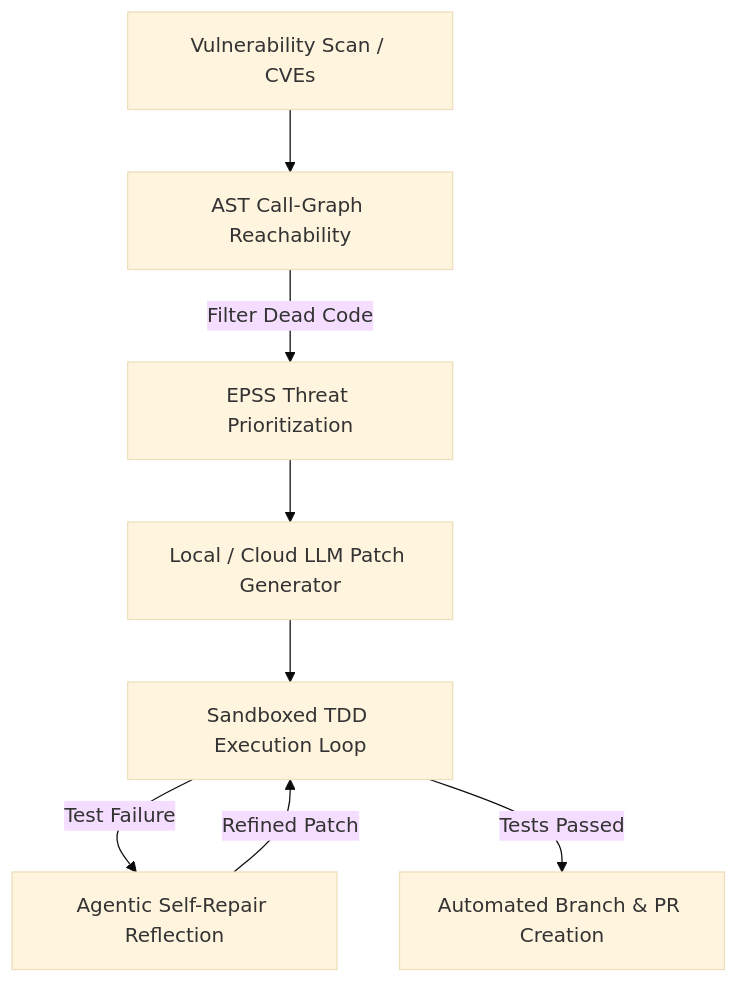
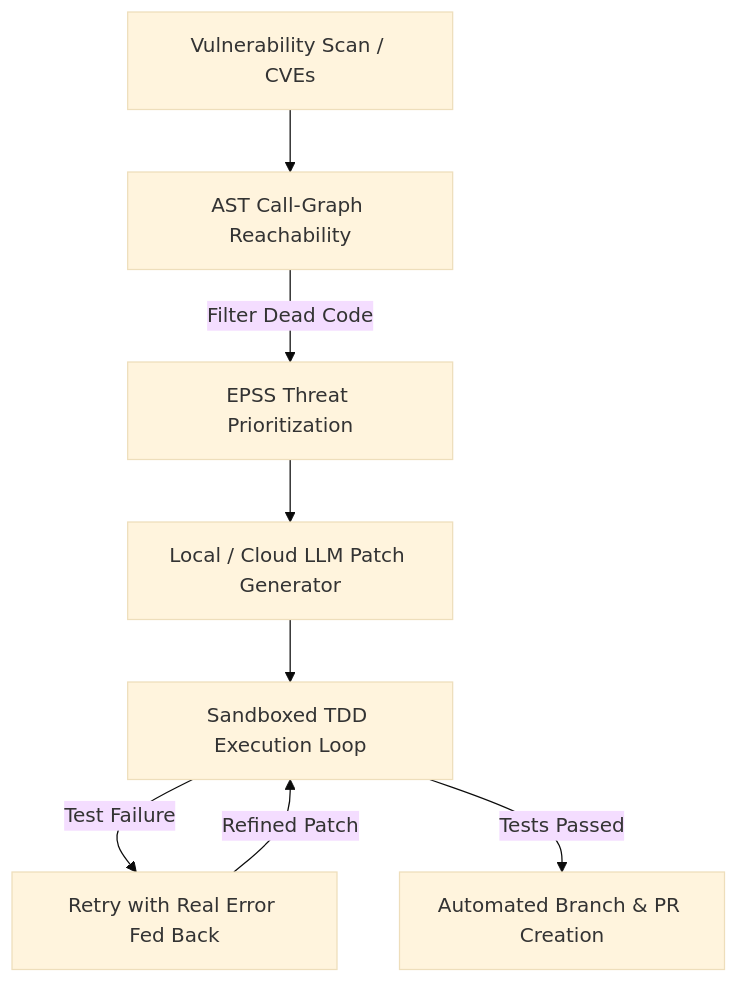
One commit to NehaAIML/agentic-vuln-system changed the diagram in README.md. Above: the diagram before and after it, drawn with Mermaid (base theme).

Commit message:
docs: remove marketing tone, fix typos, align diagram with self-repair implementation

````diff
--- a/README.md
+++ b/README.md
@@ -76,10 +76,10 @@
 ```mermaid
 graph TD
     A[Vulnerability Scan / CVEs] --> B[AST Call-Graph Reachability]
     B -->|Filter Dead Code| C[EPSS Threat Prioritization]
     C --> D[Local / Cloud LLM Patch Generator]
     D --> E[Sandboxed TDD Execution Loop]
-    E -->|Test Failure| F[Agentic Self-Repair Reflection]
+    E -->|Test Failure| F[Retry with Real Error Fed Back]
     F -->|Refined Patch| E
     E -->|Tests Passed| G[Automated Branch & PR Creation]
 ```
````
